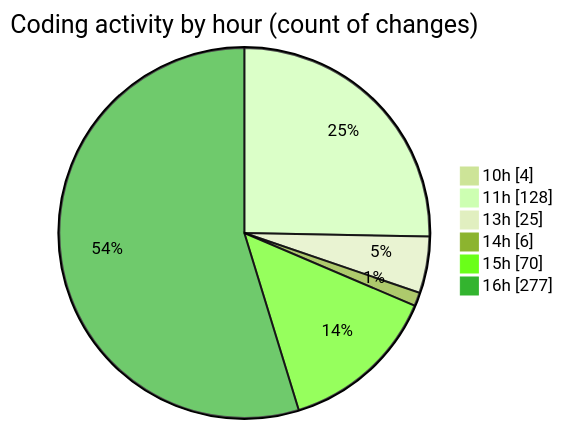
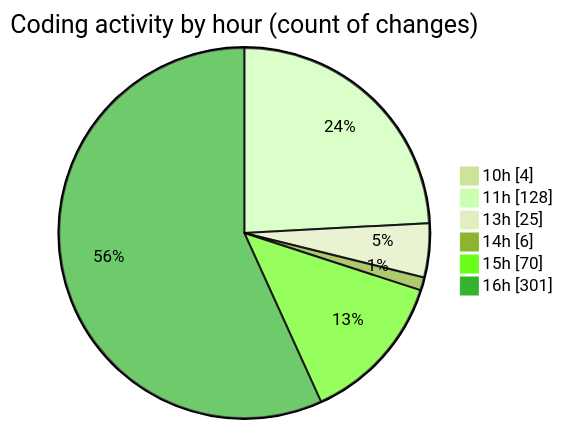
The second of 2 diagrams in 2025-04-14/nxtqube_webapp/README.md (nxtqubesakshisongat/code-tracking), drawn with Mermaid (forest theme) before and after one commit. The commit also changed other lines of this file and 1 other file, not shown here.

````diff
--- a/2025-04-14/nxtqube_webapp/README.md
+++ b/2025-04-14/nxtqube_webapp/README.md
@@ -39,10 +40,10 @@
 ```mermaid
 pie showData
 title Coding activity by hour (count of changes)
 "10h" : 4
 "11h" : 128
 "13h" : 25
 "14h" : 6
 "15h" : 70
-"16h" : 277
+"16h" : 301
 ```
````
